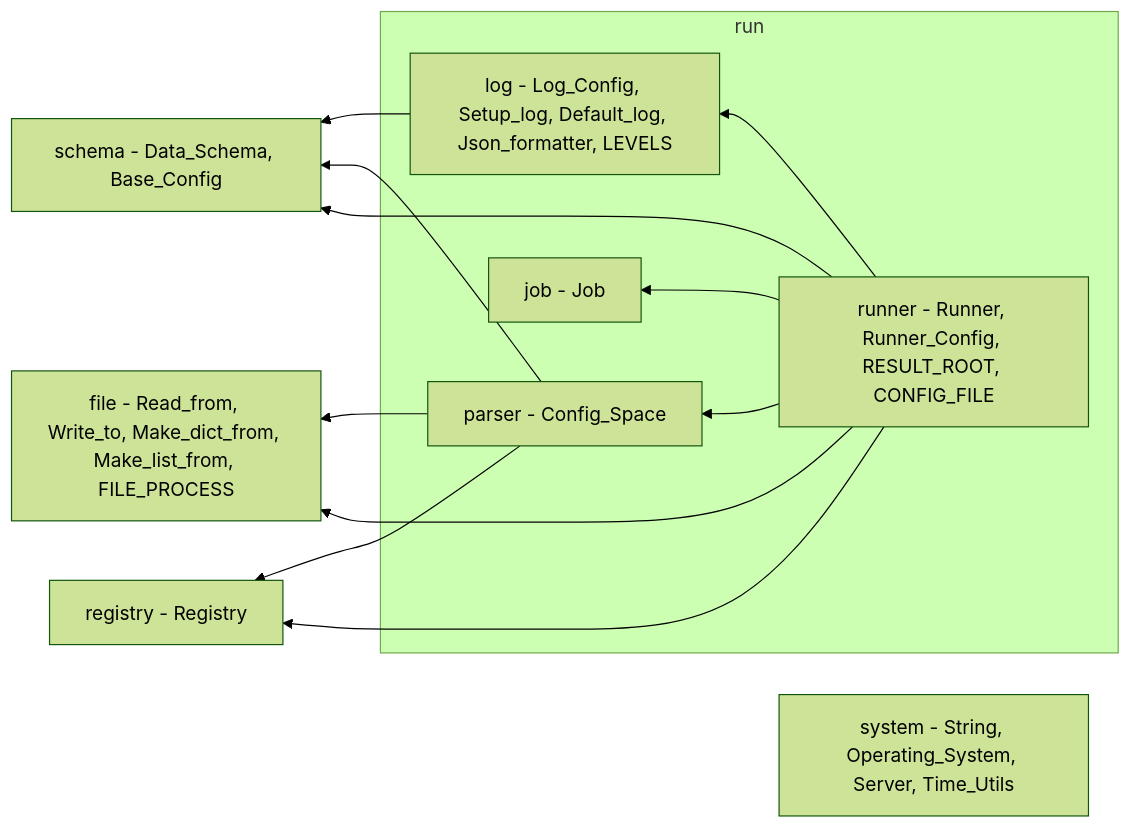
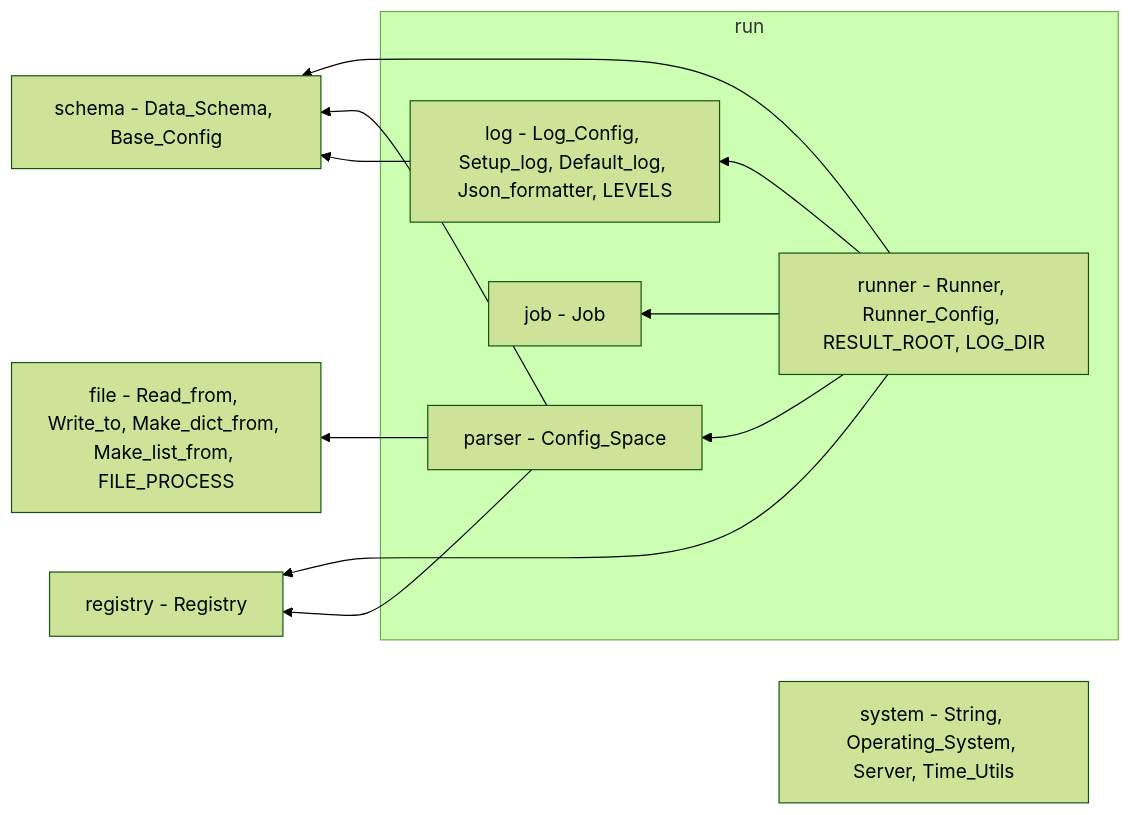
Before and after one commit to DXR-keonghun6612/ToolBox: the diagram in python_toolbox/README.md, drawn with Mermaid (forest theme). The commit also changed other lines of this file and 2 other files, not shown here.

First line of the commit message:
refactor: python_toolbox - Runner 를 job 관리만으로, 결과 자리를 Make_result_dir 한 자리로

````diff
--- a/python_toolbox/README.md
+++ b/python_toolbox/README.md
@@ -9,24 +9,23 @@
 ```mermaid
 graph RL
     subgraph run
-        runner["runner - Runner, Runner_Config, RESULT_ROOT, CONFIG_FILE"]
+        runner["runner - Runner, Runner_Config, RESULT_ROOT, LOG_DIR"]
         parser["parser - Config_Space"]
         log["log - Log_Config, Setup_log, Default_log, Json_formatter, LEVELS"]
         job["job - Job"]
     end
     schema["schema - Data_Schema, Base_Config"]
     file["file - Read_from, Write_to, Make_dict_from, Make_list_from, FILE_PROCESS"]
     registry["registry - Registry"]
     system["system - String, Operating_System, Server, Time_Utils"]
 
     runner --> parser
     runner --> job
     runner --> schema
     runner --> registry
-    runner --> file
     parser --> schema
     parser --> file
     parser --> registry
     runner --> log
     log --> schema
 ```
````
